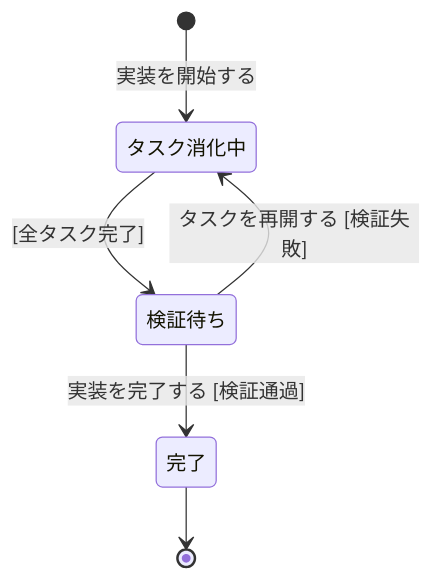
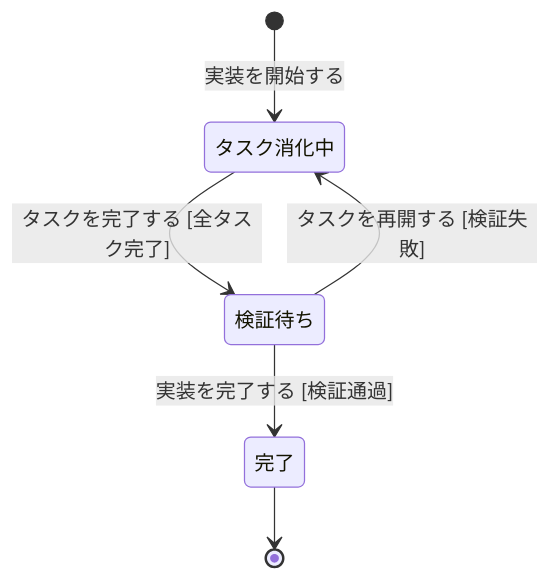
Before and after one commit to kuchita-el/claude-shared-skills: the third of 7 diagrams in docs/development/event-storming.md, drawn with Mermaid. The commit also changed other lines of this file and 1 other file, not shown here.

````diff
--- a/docs/development/event-storming.md
+++ b/docs/development/event-storming.md
@@ -184,8 +187,8 @@
 ```mermaid
 stateDiagram-v2
     [*] --> タスク消化中: 実装を開始する
-    タスク消化中 --> 検証待ち: [全タスク完了]
+    タスク消化中 --> 検証待ち: タスクを完了する [全タスク完了]
     検証待ち --> 完了: 実装を完了する [検証通過]
     検証待ち --> タスク消化中: タスクを再開する [検証失敗]
     完了 --> [*]
 ```
````
